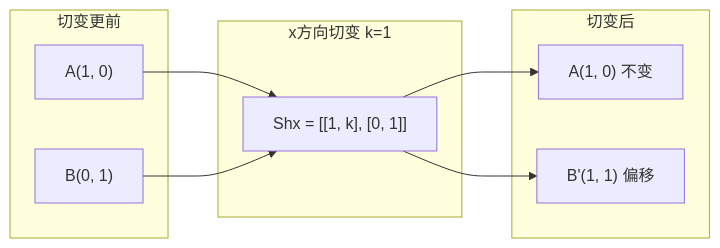
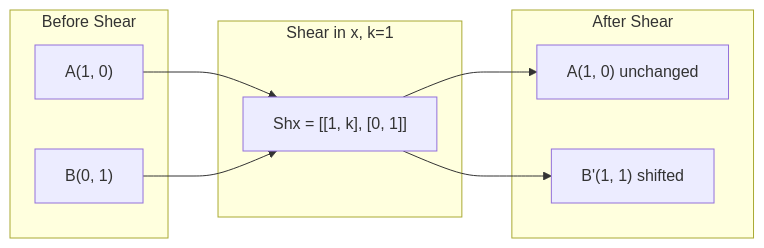
One commit to xiaojiaenen/ai-engineering-from-scratch-zh changed the fourth of 7 diagrams in i18n/zh/phases/01-math-foundations/03-matrix-transformations/docs/zh.md. Above: the diagram before and after it, drawn with Mermaid. The commit also changed other lines of this file and 22 other files, not shown here.

````diff
--- a/i18n/zh/phases/01-math-foundations/03-matrix-transformations/docs/zh.md
+++ b/i18n/zh/phases/01-math-foundations/03-matrix-transformations/docs/zh.md
@@ -108,16 +108,16 @@
 ```mermaid
 graph LR
-    subgraph Before["切变更前"]
+    subgraph Before["Before Shear"]
         A["A(1, 0)"]
         B["B(0, 1)"]
     end
-    subgraph Shear["x方向切变 k=1"]
+    subgraph Shear["Shear in x, k=1"]
         Sh["Shx = [[1, k], [0, 1]]"]
     end
-    subgraph After["切变后"]
-        Ap["A(1, 0) 不变"]
-        Bp["B'(1, 1) 偏移"]
+    subgraph After["After Shear"]
+        Ap["A(1, 0) unchanged"]
+        Bp["B'(1, 1) shifted"]
     end
     A --> Sh --> Ap
     B --> Sh --> Bp
 ```
````
